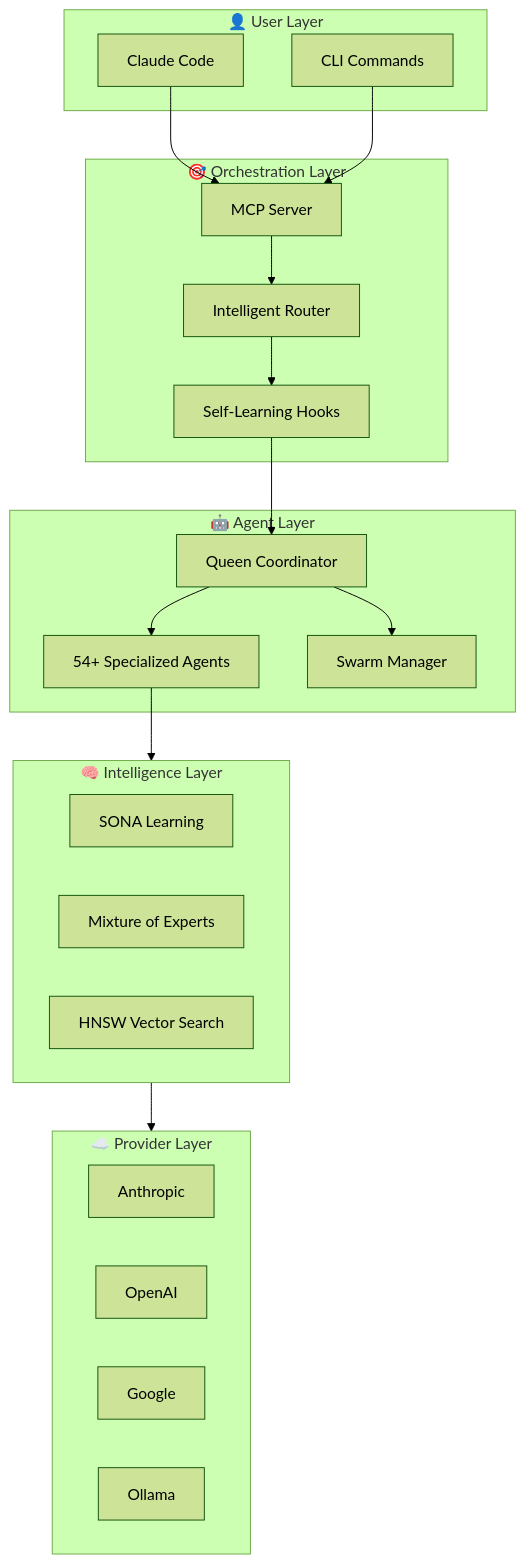
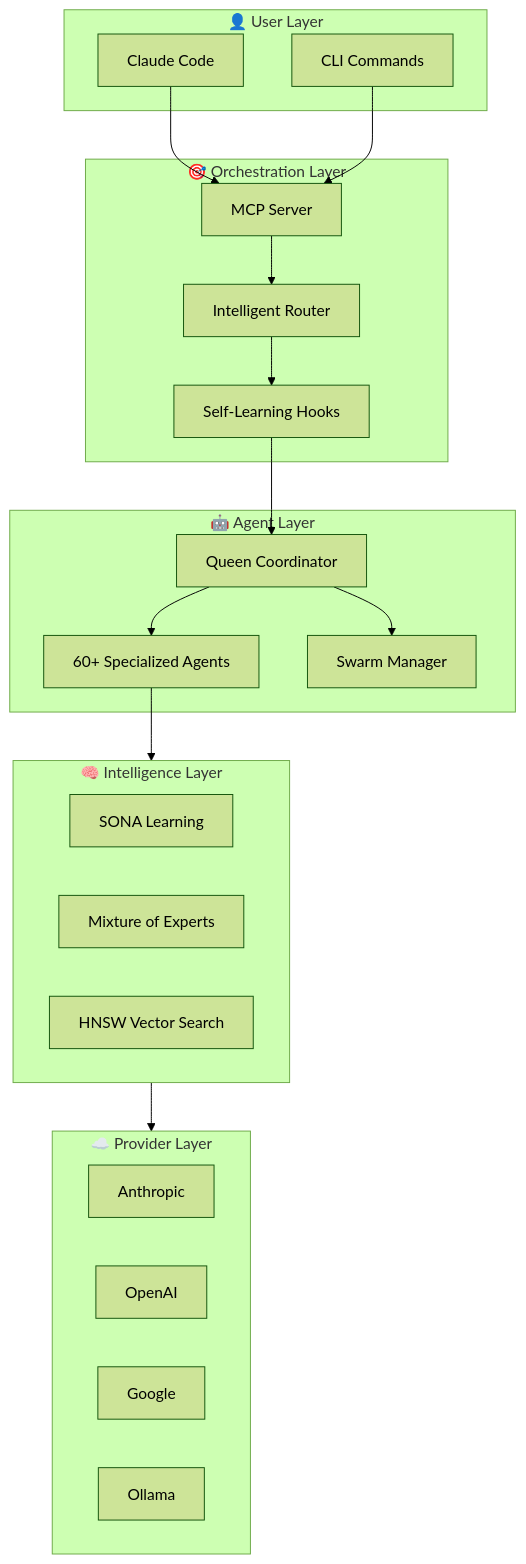
The second of 6 diagrams in v3/@claude-flow/cli/README.md (ryanmr82/ruflo), drawn with Mermaid (forest theme) before and after one commit. The commit also changed other lines of this file and 5 other files, not shown here.

````diff
--- a/v3/@claude-flow/cli/README.md
+++ b/v3/@claude-flow/cli/README.md
@@ -507,42 +628,42 @@
 ```mermaid
 flowchart TB
     subgraph User["👤 User Layer"]
         CC[Claude Code]
         CLI[CLI Commands]
     end
 
     subgraph Orchestration["🎯 Orchestration Layer"]
         MCP[MCP Server]
         Router[Intelligent Router]
         Hooks[Self-Learning Hooks]
     end
 
     subgraph Agents["🤖 Agent Layer"]
         Queen[Queen Coordinator]
-        Workers[54+ Specialized Agents]
+        Workers[60+ Specialized Agents]
         Swarm[Swarm Manager]
     end
 
     subgraph Intelligence["🧠 Intelligence Layer"]
         SONA[SONA Learning]
         MoE[Mixture of Experts]
         HNSW[HNSW Vector Search]
     end
 
     subgraph Providers["☁️ Provider Layer"]
         Anthropic[Anthropic]
         OpenAI[OpenAI]
         Google[Google]
         Ollama[Ollama]
     end
 
     CC --> MCP
     CLI --> MCP
     MCP --> Router
     Router --> Hooks
     Hooks --> Queen
     Queen --> Workers
     Queen --> Swarm
     Workers --> Intelligence
     Intelligence --> Providers
 ```
````
